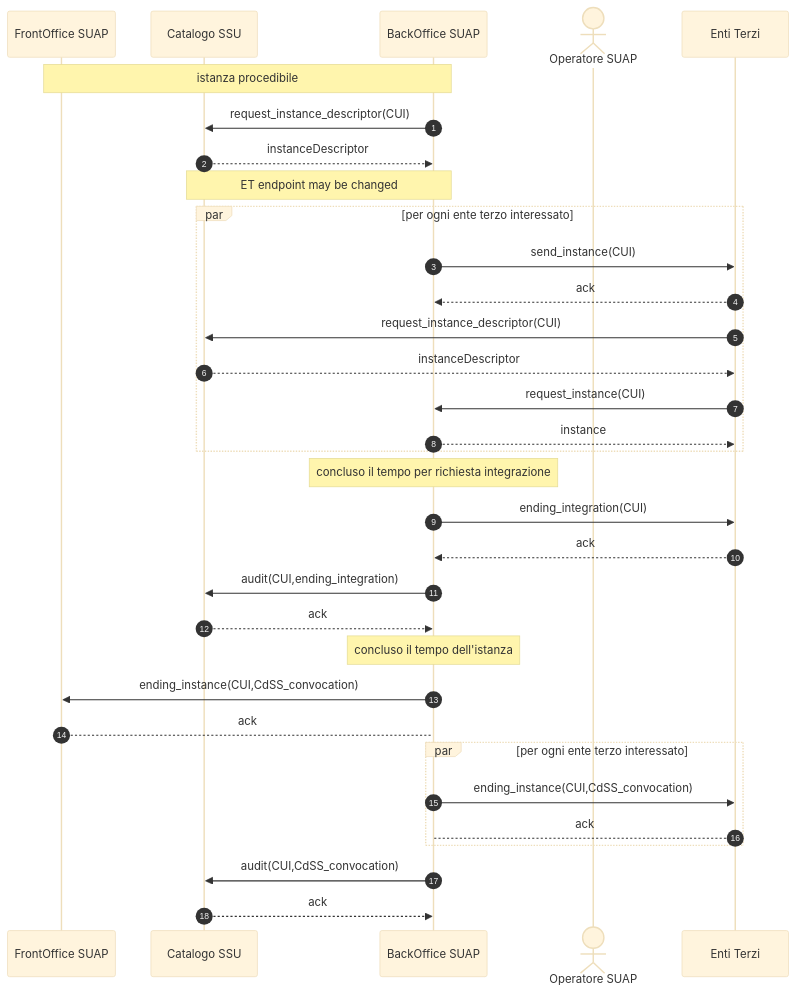
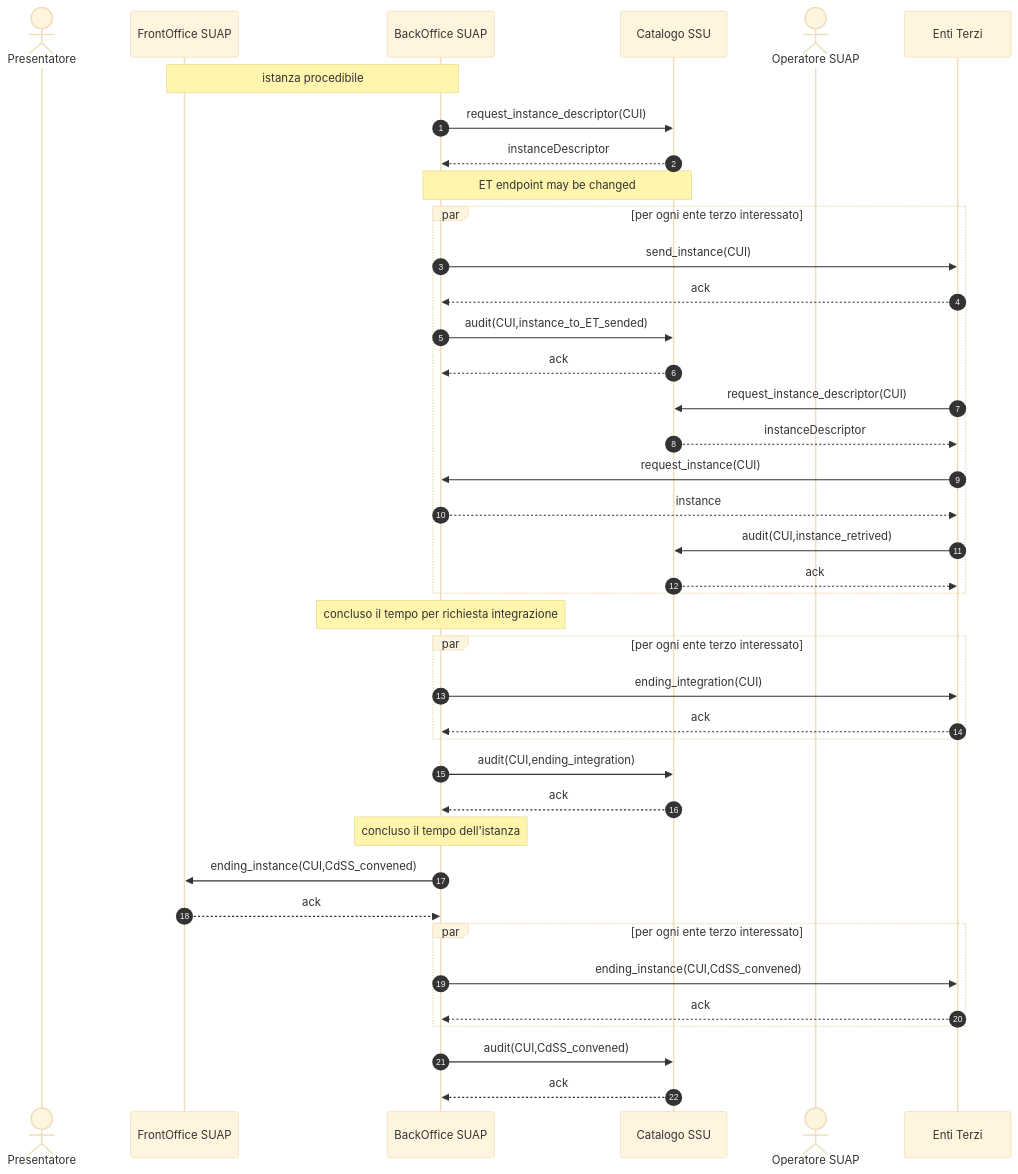
Before and after one commit to AgID/suap-gt-specifiche: the diagram in to_interoperabilita/sequence-diagram/DomandaAutorizzazione-002.mermaid, drawn with Mermaid (base theme). The commit also changed other lines of this file, not shown here.

Commit message:
fixed DomandaAutorizzazione-002

```diff
--- a/to_interoperabilita/sequence-diagram/DomandaAutorizzazione-002.mermaid
+++ b/to_interoperabilita/sequence-diagram/DomandaAutorizzazione-002.mermaid
@@ -1,38 +1,46 @@
 sequenceDiagram
     autonumber
-   
+
+    actor P as Presentatore    
     participant F as FrontOffice SUAP
-    participant C as Catalogo SSU    
-    participant B as BackOffice SUAP    
+    participant B as BackOffice SUAP   
+    participant C as Catalogo SSU 
     actor O as Operatore SUAP    
     participant E as Enti Terzi    
- 
+
     Note over F,B: istanza procedibile
     B ->> C: request_instance_descriptor(CUI)
     C -->> B: instanceDescriptor
     Note over C,B: ET endpoint may be changed
     
     par per ogni ente terzo interessato        
         B ->> E: send_instance(CUI)
         E -->> B: ack
+        B ->> C: audit(CUI,instance_to_ET_sended)
+        C -->> B: ack
         E ->> C: request_instance_descriptor(CUI)
         C -->> E: instanceDescriptor
         E ->> B: request_instance(CUI)
         B -->> E: instance
+        E ->> C: audit(CUI,instance_retrived)
+        C -->> E: ack
     end
 
     Note over B: concluso il tempo per richiesta integrazione
-    B ->> E: ending_integration(CUI)
-    E -->> B: ack
-    B ->> C: audit(CUI,ending_integration)
+    par per ogni ente terzo interessato 
+        B ->> E: ending_integration(CUI)
+        E -->> B: ack
+    end
+        B ->> C: audit(CUI,ending_integration)
+        C -->> B: ack
+
+
+    Note over B: concluso il tempo dell'istanza 
+    B ->> F: ending_instance(CUI,CdSS_convened)
+    F -->> B: ack            
+    par per ogni ente terzo interessato
+        B ->> E: ending_instance(CUI,CdSS_convened)
+        E -->> B: ack
+    end
+    B ->> C: audit(CUI,CdSS_convened)
     C -->> B: ack
-    
-    Note over B: concluso il tempo dell'istanza 
-    B ->> F: ending_instance(CUI,CdSS_convocation)
-    F --> B: ack            
-    par per ogni ente terzo interessato
-        B ->> E: ending_instance(CUI,CdSS_convocation)
-        E --> B: ack
-    end
-    B ->> C: audit(CUI,CdSS_convocation)
-    C -->> B: ack
```
